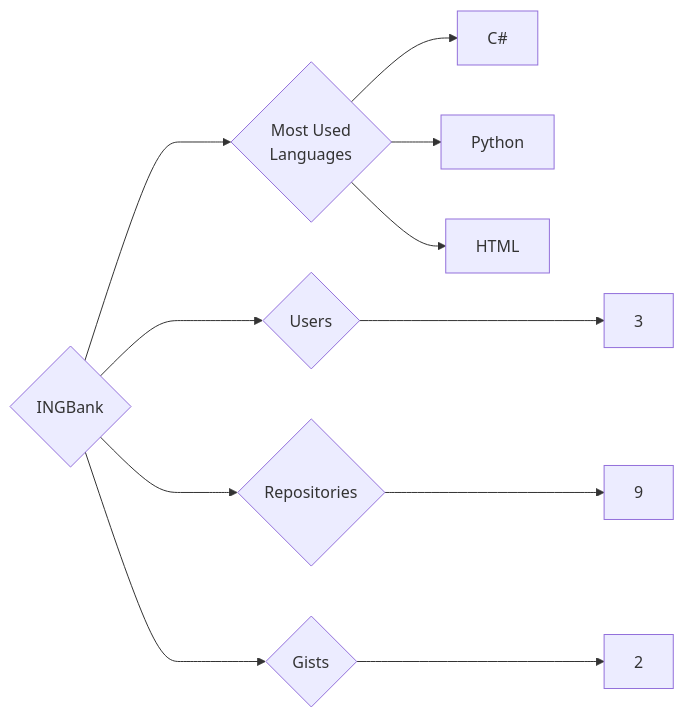
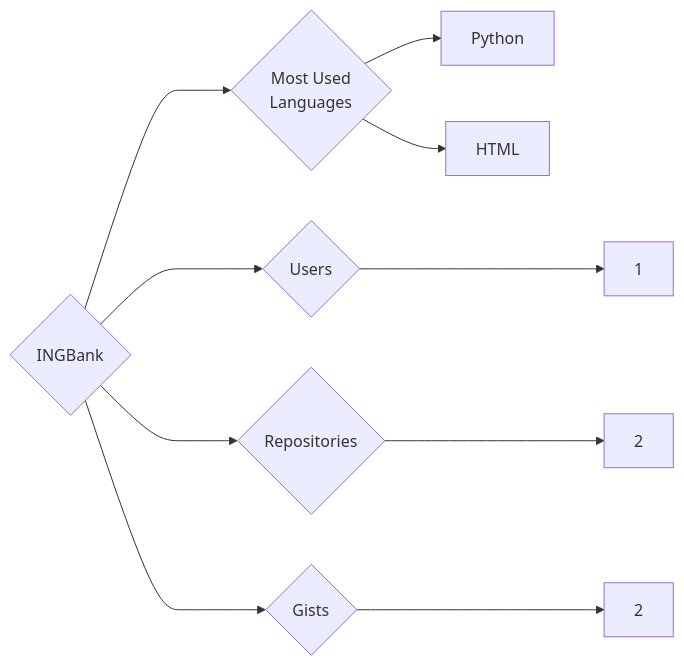
Before and after one commit to trickest/insiders: the diagram in targets/INGBank/README.md, drawn with Mermaid. The commit also changed 1089 other files, not shown here.

````diff
--- a/targets/INGBank/README.md
+++ b/targets/INGBank/README.md
@@ -3,11 +3,10 @@
 ```mermaid
 graph LR
 COMPANY_NAME{INGBank}
-COMPANY_NAME ---> U{Users} ---> UN[3]
-COMPANY_NAME ---> R{Repositories} ---> RN[9]
+COMPANY_NAME ---> U{Users} ---> UN[1]
+COMPANY_NAME ---> R{Repositories} ---> RN[2]
 COMPANY_NAME ---> G{Gists} ---> GN[2]
 COMPANY_NAME ---> ML{Most Used<br>Languages}
-ML --> C#[C#]
 ML --> Python[Python]
 ML --> HTML[HTML]
 ```
````
